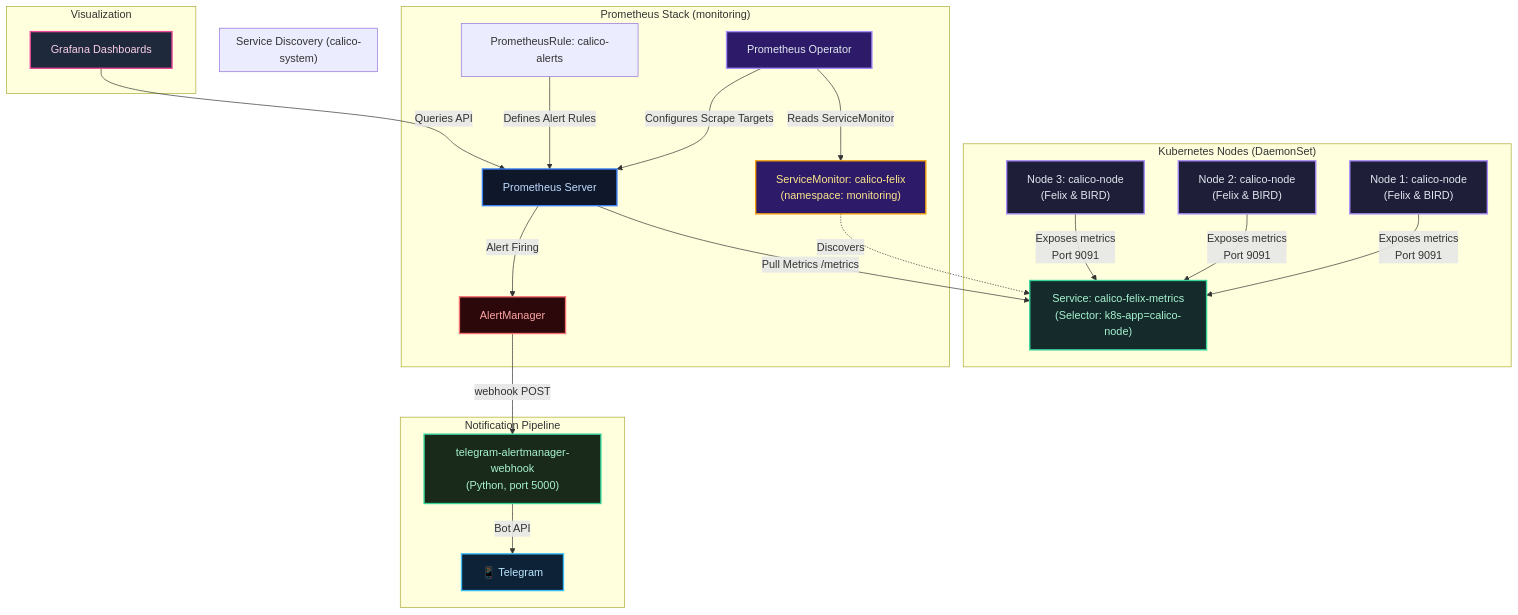
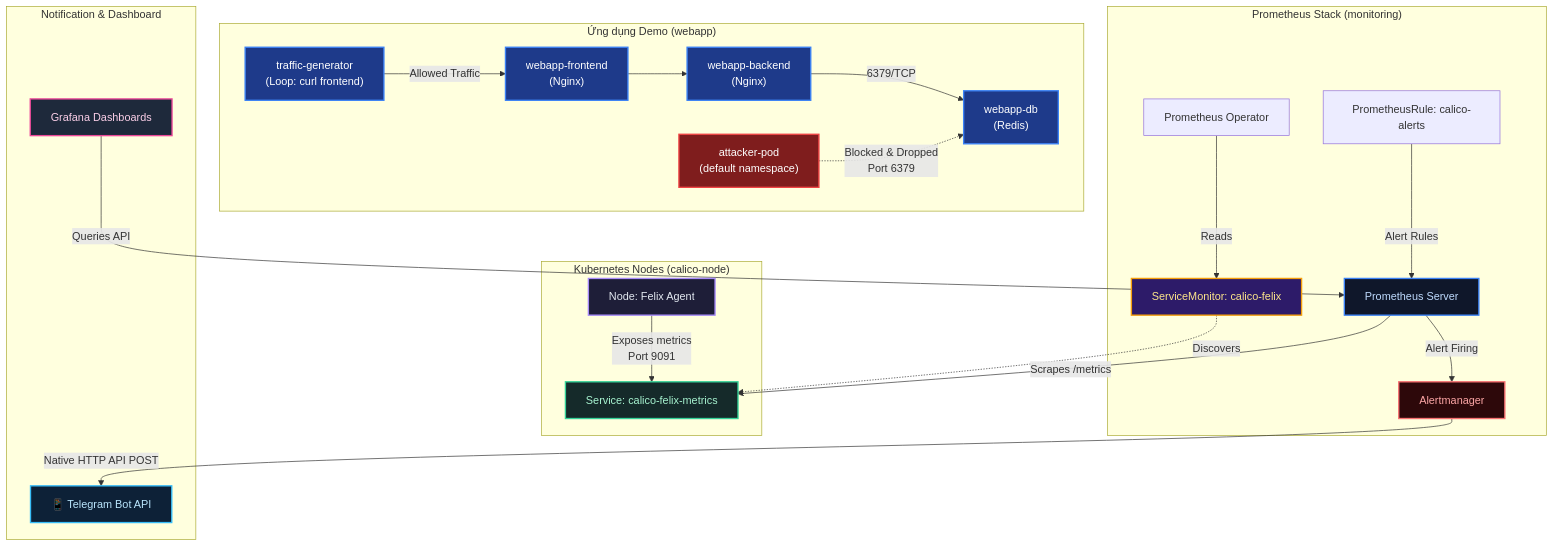
Before and after one commit to thangphan205/network-thuc-chien: the diagram in kubernetes-networking/k8s-lab/tap-23-calico-observability/lab-guide.md, drawn with Mermaid. The commit also changed other lines of this file and 1 other file, not shown here.

````diff
--- a/kubernetes-networking/k8s-lab/tap-23-calico-observability/lab-guide.md
+++ b/kubernetes-networking/k8s-lab/tap-23-calico-observability/lab-guide.md
@@ -7,42 +7,39 @@
 ```mermaid
 graph TD
-  subgraph k8s_nodes ["Kubernetes Nodes (DaemonSet)"]
-    A1["Node 1: calico-node<br/>(Felix & BIRD)"] -- "Exposes metrics<br/>Port 9091" --> S
-    A2["Node 2: calico-node<br/>(Felix & BIRD)"] -- "Exposes metrics<br/>Port 9091" --> S
-    A3["Node 3: calico-node<br/>(Felix & BIRD)"] -- "Exposes metrics<br/>Port 9091" --> S
+  subgraph target_apps ["Ứng dụng Demo (webapp)"]
+    TG["traffic-generator<br/>(Loop: curl frontend)"] -- "Allowed Traffic" --> FE["webapp-frontend<br/>(Nginx)"]
+    FE --> BE["webapp-backend<br/>(Nginx)"]
+    BE -- "6379/TCP" --> DB["webapp-db<br/>(Redis)"]
+    AT["attacker-pod<br/>(default namespace)"] -.->|Blocked & Dropped<br/>Port 6379| DB
   end
 
-  subgraph service_discovery ["Service Discovery (calico-system)"]
-    S["Service: calico-felix-metrics<br/>(Selector: k8s-app=calico-node)"]
+  subgraph k8s_nodes ["Kubernetes Nodes (calico-node)"]
+    N1["Node: Felix Agent"] -- "Exposes metrics<br/>Port 9091" --> SVC["Service: calico-felix-metrics"]
   end
 
   subgraph prometheus_stack ["Prometheus Stack (monitoring)"]
-    SM["ServiceMonitor: calico-felix<br/>(namespace: monitoring)"] -.->|Discovers| S
-    PO["Prometheus Operator"] -->|Reads ServiceMonitor| SM
-    PO -->|Configures Scrape Targets| P["Prometheus Server"]
-    P -->|Pull Metrics /metrics| S
-    PR["PrometheusRule: calico-alerts"] -->|Defines Alert Rules| P
-    P -->|Alert Firing| AM["AlertManager"]
+    SM["ServiceMonitor: calico-felix"] -.->|Discovers| SVC
+    PO["Prometheus Operator"] -->|Reads| SM
+    P["Prometheus Server"] -->|Scrapes /metrics| SVC
+    PR["PrometheusRule: calico-alerts"] -->|Alert Rules| P
+    P -->|Alert Firing| AM["Alertmanager"]
   end
 
-  subgraph notification ["Notification Pipeline"]
-    AM -->|webhook POST| TW["telegram-alertmanager-webhook<br/>(Python, port 5000)"]
-    TW -->|Bot API| TG["📱 Telegram"]
-  end
-
-  subgraph visualization ["Visualization"]
+  subgraph notification ["Notification & Dashboard"]
+    AM -->|Native HTTP API POST| TG_BOT["📱 Telegram Bot API"]
     G["Grafana Dashboards"] -->|Queries API| P
   end
 
-  style A1 fill:#1e1e38,stroke:#a78bfa,stroke-width:2px,color:#e2e8f0
-  style A2 fill:#1e1e38,stroke:#a78bfa,stroke-width:2px,color:#e2e8f0
-  style A3 fill:#1e1e38,stroke:#a78bfa,stroke-width:2px,color:#e2e8f0
-  style S fill:#152a2a,stroke:#34d399,stroke-width:2px,color:#a7f3d0
+  style TG fill:#1e3a8a,stroke:#3b82f6,stroke-width:2px,color:#fff
+  style FE fill:#1e3a8a,stroke:#3b82f6,stroke-width:2px,color:#fff
+  style BE fill:#1e3a8a,stroke:#3b82f6,stroke-width:2px,color:#fff
+  style DB fill:#1e3a8a,stroke:#3b82f6,stroke-width:2px,color:#fff
+  style AT fill:#7f1d1d,stroke:#ef4444,stroke-width:2px,color:#fff
+  style N1 fill:#1e1e38,stroke:#a78bfa,stroke-width:2px,color:#e2e8f0
+  style SVC fill:#152a2a,stroke:#34d399,stroke-width:2px,color:#a7f3d0
   style SM fill:#2d1b69,stroke:#f59e0b,stroke-width:2px,color:#fde68a
-  style PO fill:#2d1b69,stroke:#a78bfa,stroke-width:2px,color:#e2e8f0
   style P fill:#0f172a,stroke:#3b82f6,stroke-width:2px,color:#bfdbfe
   style AM fill:#2d080a,stroke:#f87171,stroke-width:2px,color:#fca5a5
-  style TW fill:#1a2a1a,stroke:#34d399,stroke-width:2px,color:#a7f3d0
-  style TG fill:#0d2137,stroke:#38bdf8,stroke-width:2px,color:#bae6fd
+  style TG_BOT fill:#0d2137,stroke:#38bdf8,stroke-width:2px,color:#bae6fd
   style G fill:#1e293b,stroke:#ec4899,stroke-width:2px,color:#fbcfe8
 ```
````
